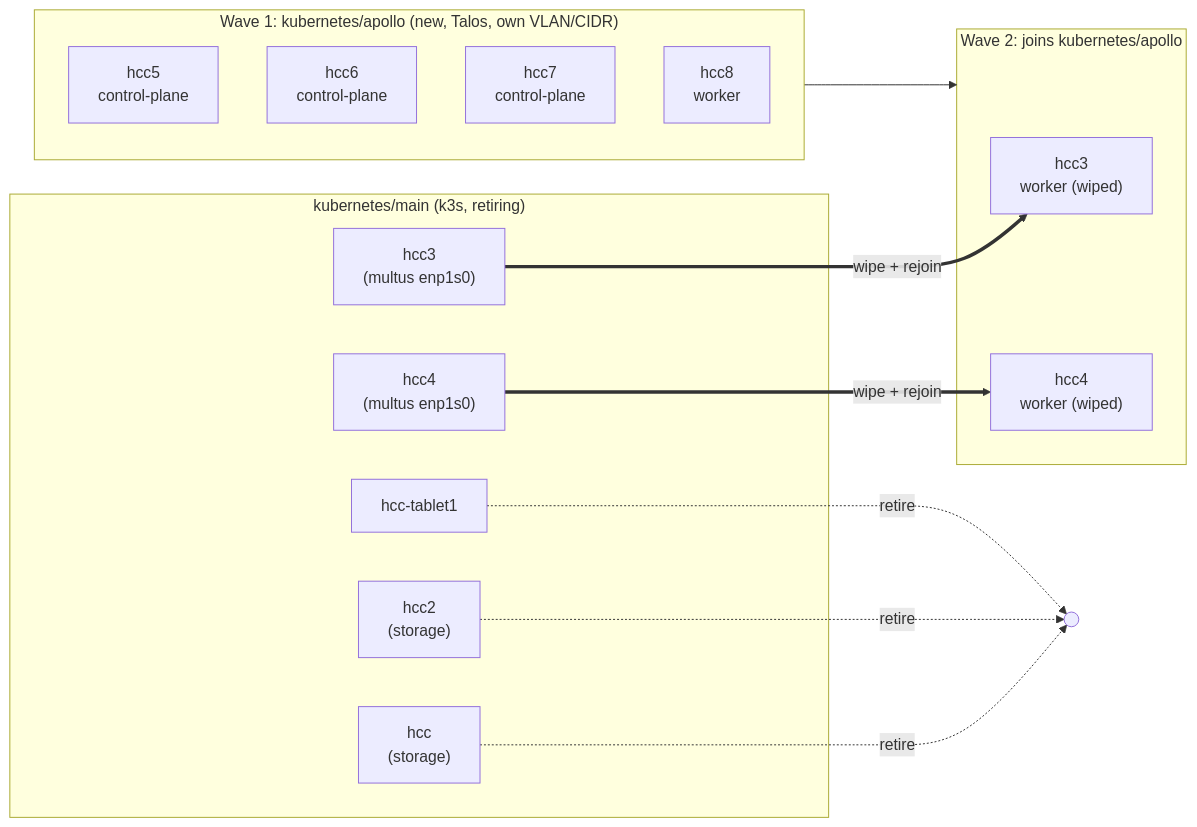
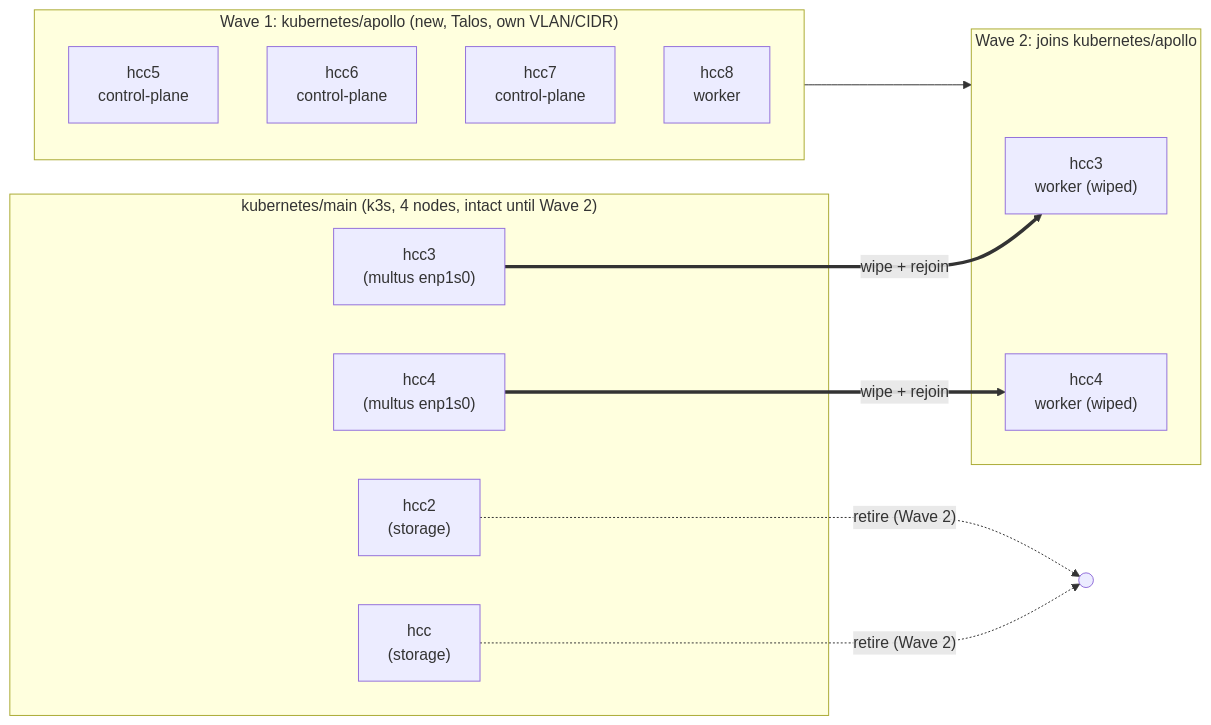
The first of 3 diagrams in plans/20260816-talos-migration.md (evanmoelter/hcc), drawn with Mermaid before and after one commit. The commit also changed other lines of this file and 1 other file, not shown here.

First line of the commit message:
plan: address external review, keep the old cluster whole through Wave 1

````diff
--- a/plans/20260816-talos-migration.md
+++ b/plans/20260816-talos-migration.md
@@ -49,29 +49,27 @@
 ```mermaid
 flowchart LR
-    subgraph old["kubernetes/main (k3s, retiring)"]
+    subgraph old["kubernetes/main (k3s, 4 nodes, intact until Wave 2)"]
         hcc["hcc<br/>(storage)"]
         hcc2["hcc2<br/>(storage)"]
-        tablet["hcc-tablet1"]
         hcc3o["hcc3<br/>(multus enp1s0)"]
         hcc4o["hcc4<br/>(multus enp1s0)"]
     end
 
     subgraph w1["Wave 1: kubernetes/apollo (new, Talos, own VLAN/CIDR)"]
         n1["hcc5<br/>control-plane"]
         n2["hcc6<br/>control-plane"]
         n3["hcc7<br/>control-plane"]
         n4["hcc8<br/>worker"]
     end
 
     subgraph w2["Wave 2: joins kubernetes/apollo"]
         hcc3n["hcc3<br/>worker (wiped)"]
         hcc4n["hcc4<br/>worker (wiped)"]
     end
 
-    hcc -.retire.-> X1(( ))
-    hcc2 -.retire.-> X1
-    tablet -.retire.-> X1
+    hcc -."retire (Wave 2)".-> X1(( ))
+    hcc2 -."retire (Wave 2)".-> X1
     hcc3o == wipe + rejoin ==> hcc3n
     hcc4o == wipe + rejoin ==> hcc4n
     w1 --> w2
 ```
````
